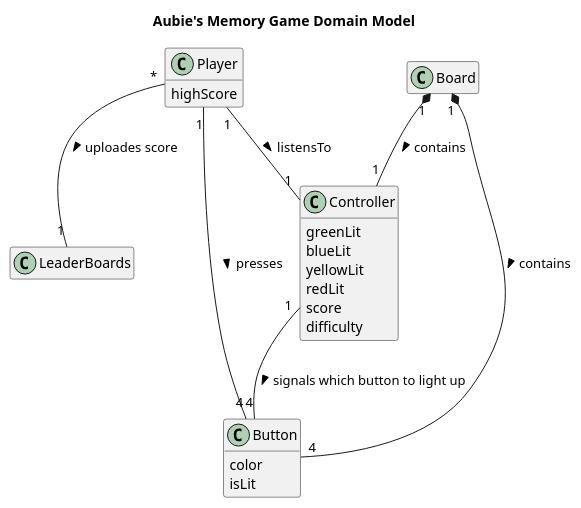
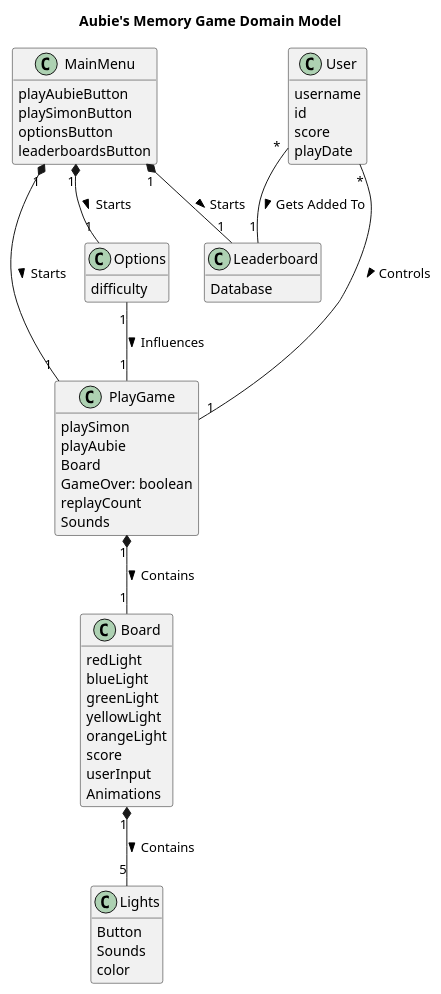
One commit to zedtran/AubieMemoryGame changed the diagram in app/UML/DM.puml. Above: the diagram before and after it, drawn with PlantUML.

Commit message:
updated domain model

```diff
--- a/app/UML/DM.puml
+++ b/app/UML/DM.puml
@@ -1,34 +1,64 @@
 @startuml
 
 title Aubie's Memory Game Domain Model
-class Player {
-highScore
-}
-class LeaderBoards {
+
+class PlayGame {
+    playSimon
+    playAubie
+    Board
+    GameOver: boolean
+    replayCount
+    Sounds
 }
 
-class Button {
-color
-isLit
-}
-class Controller {
-    greenLit
-    blueLit
-    yellowLit
-    redLit
-    score
+class Options {
     difficulty
 }
+
 class Board {
+    redLight
+    blueLight
+    greenLight
+    yellowLight
+    orangeLight
+    score
+    userInput
+    Animations
 }
 
-Board "1" *-- "4" Button : contains >
-Board "1" *-- "1" Controller : contains >
-Player "1" -- "1" Controller: listensTo >
-Player "1" -- "4" Button: presses >
-Player "*" -- "1" LeaderBoards: uploades score >
-Controller "1" -- "4" Button: signals which button to light up >
 
-hide empty members
+class Leaderboard {
+    Database
+}
+
+class Lights {
+    Button
+    Sounds
+    color
+}
+
+class MainMenu {
+    playAubieButton
+    playSimonButton
+    optionsButton
+    leaderboardsButton
+}
+
+Class User {
+    username
+    id
+    score
+    playDate
+}
+
+MainMenu "1" *-- "1" PlayGame : Starts >
+MainMenu "1" *-- "1" Leaderboard : Starts >
+MainMenu "1" *-- "1" Options : Starts >
+Options "1" -- "1" PlayGame : Influences >
+User "*" -- "1" PlayGame : Controls >
+User "*" -- "1" Leaderboard : Gets Added To >
+PlayGame "1" *-- "1" Board : Contains >
+Board "1" *-- "5" Lights : Contains >
+
 hide methods
 @enduml
```
